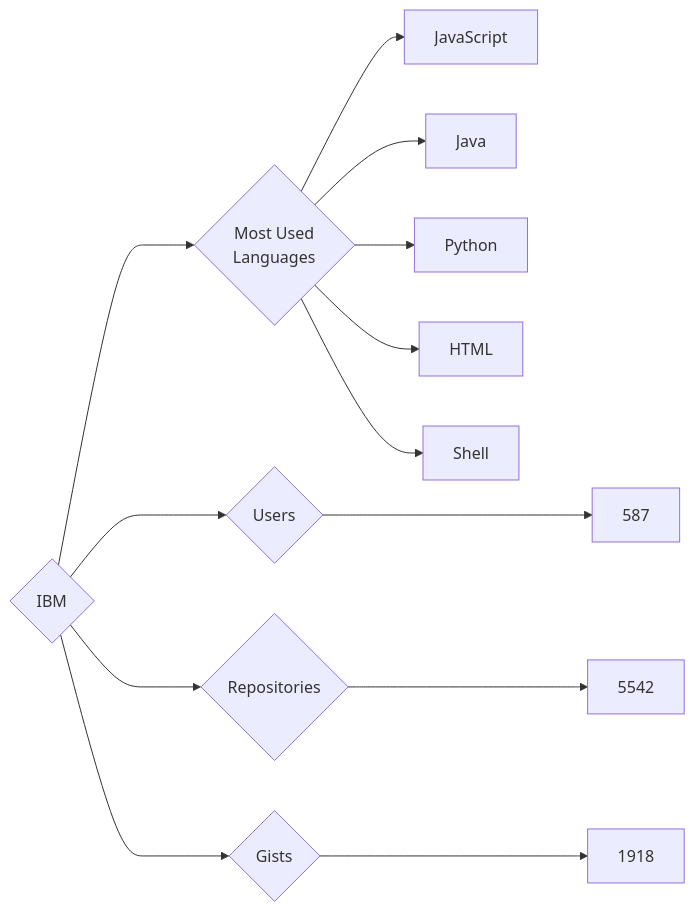
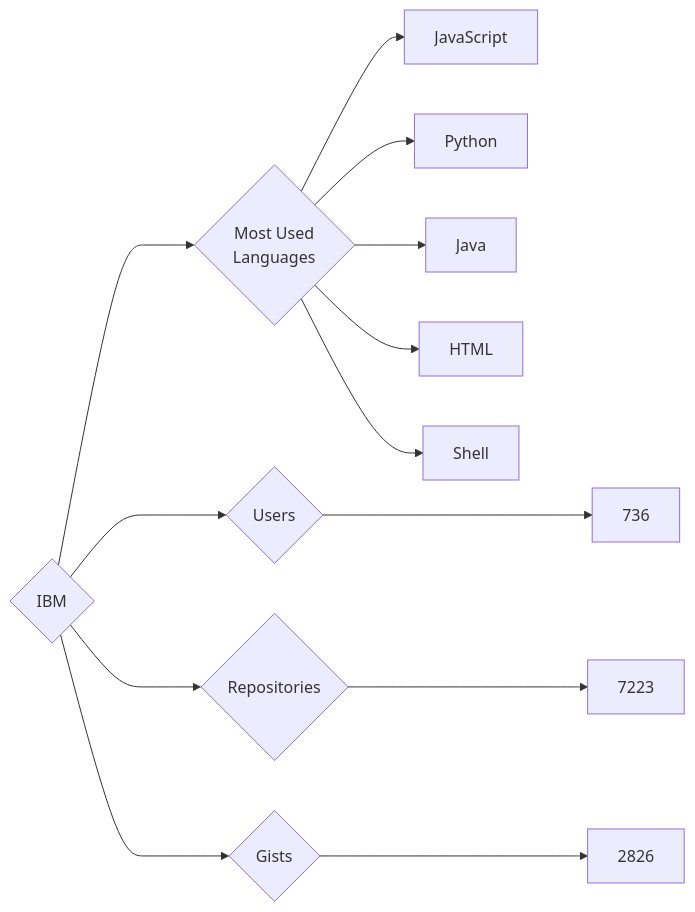
The diagram in targets/IBM/README.md (trickest/insiders), drawn with Mermaid before and after one commit. The commit also changed 916 other files, not shown here.

````diff
--- a/targets/IBM/README.md
+++ b/targets/IBM/README.md
@@ -3,13 +3,13 @@
 ```mermaid
 graph LR
 COMPANY_NAME{IBM}
-COMPANY_NAME ---> U{Users} ---> UN[587]
-COMPANY_NAME ---> R{Repositories} ---> RN[5542]
-COMPANY_NAME ---> G{Gists} ---> GN[1918]
+COMPANY_NAME ---> U{Users} ---> UN[736]
+COMPANY_NAME ---> R{Repositories} ---> RN[7223]
+COMPANY_NAME ---> G{Gists} ---> GN[2826]
 COMPANY_NAME ---> ML{Most Used<br>Languages}
 ML --> JavaScript[JavaScript]
+ML --> Python[Python]
 ML --> Java[Java]
-ML --> Python[Python]
 ML --> HTML[HTML]
 ML --> Shell[Shell]
 ```
````
